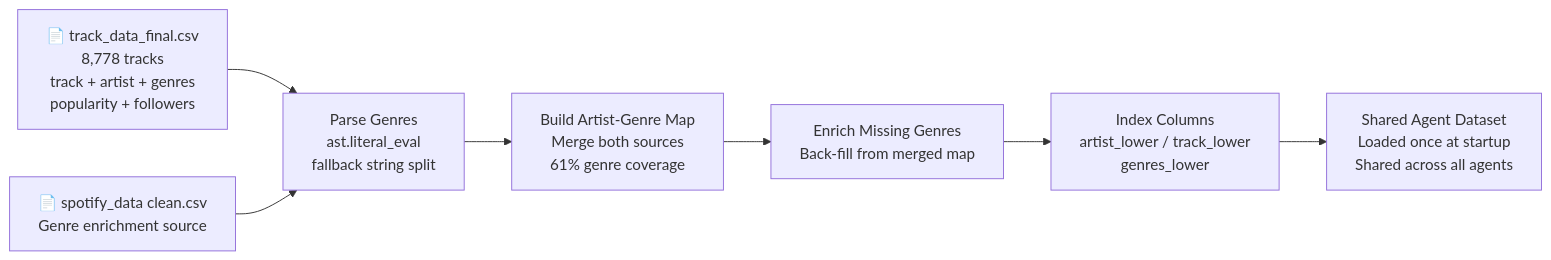
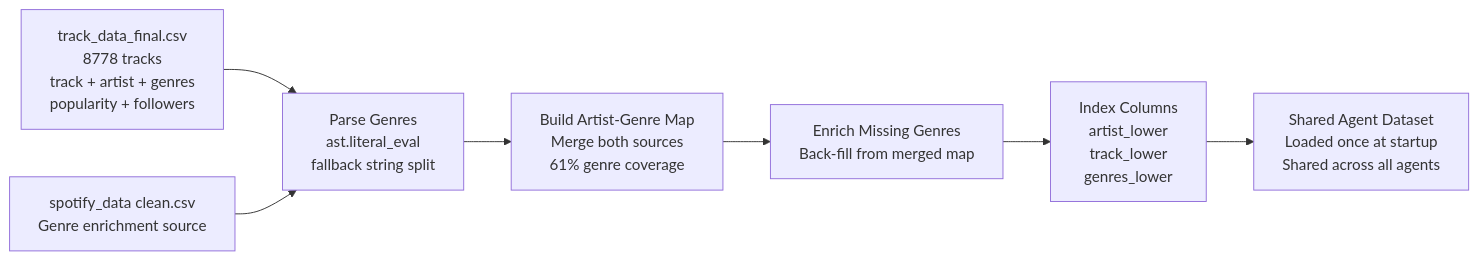
One commit to Ashutosh-177/ManTarang-AI-Powered-Music-Recommendation-System changed the seventh of 9 diagrams in README.md. Above: the diagram before and after it, drawn with Mermaid. The commit also changed other lines of this file, not shown here.

````diff
--- a/README.md
+++ b/README.md
@@ -197,18 +187,18 @@
 ```mermaid
 flowchart LR
-    CSV1["📄 track_data_final.csv\n8,778 tracks\ntrack + artist + genres\npopularity + followers"]
-    CSV2["📄 spotify_data clean.csv\nGenre enrichment source"]
+    CSV1["track_data_final.csv\n8778 tracks\ntrack + artist + genres\npopularity + followers"]
+    CSV2["spotify_data clean.csv\nGenre enrichment source"]
 
     PARSE["Parse Genres\nast.literal_eval\nfallback string split"]
     MERGE["Build Artist-Genre Map\nMerge both sources\n61% genre coverage"]
     ENRICH["Enrich Missing Genres\nBack-fill from merged map"]
-    INDEX["Index Columns\nartist_lower / track_lower\ngenres_lower"]
+    INDEX["Index Columns\nartist_lower\ntrack_lower\ngenres_lower"]
     RAM["Shared Agent Dataset\nLoaded once at startup\nShared across all agents"]
 
     CSV1 --> PARSE
     CSV2 --> PARSE
     PARSE --> MERGE
     MERGE --> ENRICH
     ENRICH --> INDEX
     INDEX --> RAM
 ```
````
